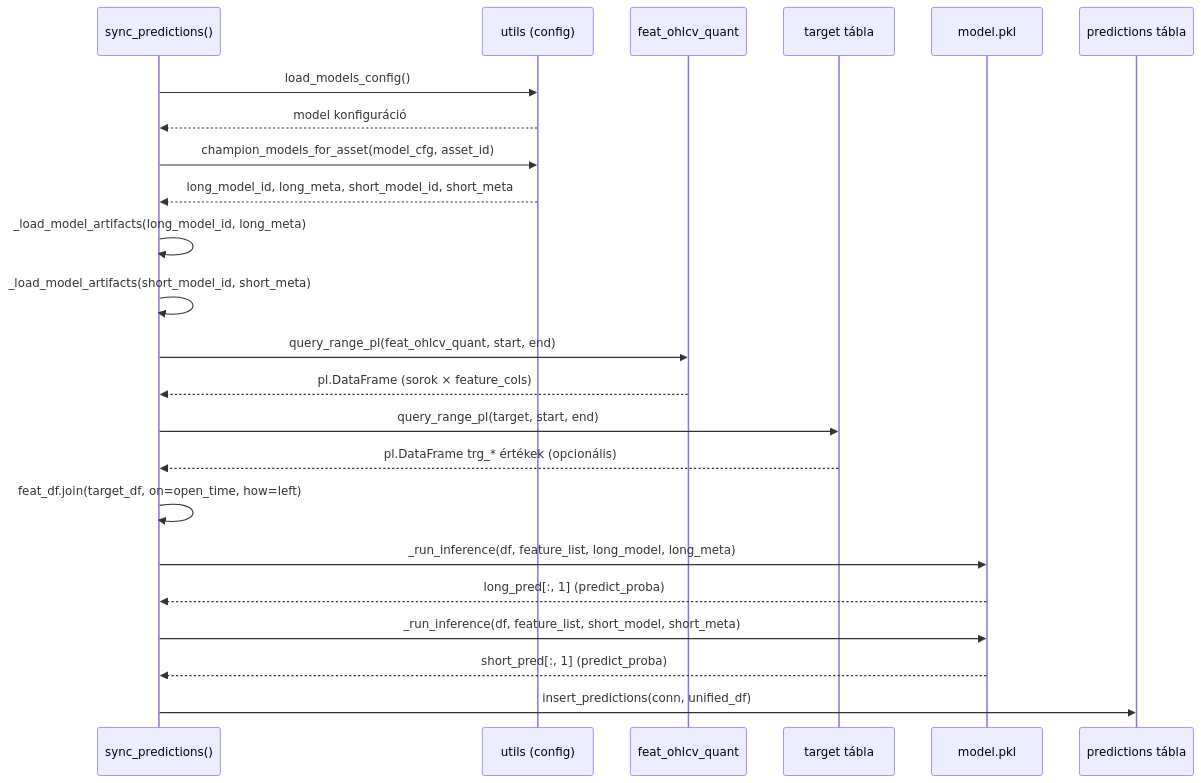
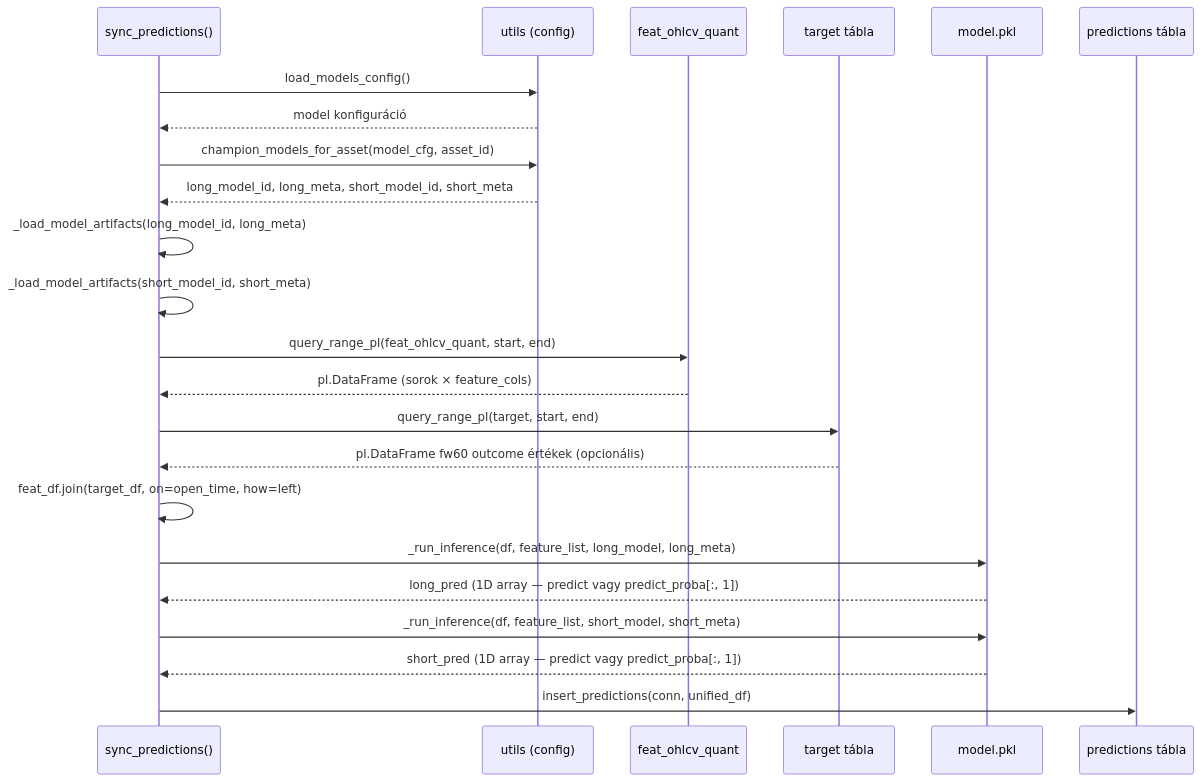
Before and after one commit to Nemesis14/chronoquant: the diagram in _doc_/1230_sync_predictions.md, drawn with Mermaid. The commit also changed other lines of this file and 973 other files, not shown here.

````diff
--- a/_doc_/1230_sync_predictions.md
+++ b/_doc_/1230_sync_predictions.md
@@ -25,31 +25,31 @@
 ```mermaid
 sequenceDiagram
     participant CALLER as sync_predictions()
     participant UTILS as utils (config)
     participant FEAT as feat_ohlcv_quant
     participant TARGET as target tábla
     participant MODEL as model.pkl
     participant PRED as predictions tábla
 
     CALLER->>UTILS: load_models_config()
     UTILS-->>CALLER: model konfiguráció
     CALLER->>UTILS: champion_models_for_asset(model_cfg, asset_id)
     UTILS-->>CALLER: long_model_id, long_meta, short_model_id, short_meta
 
     CALLER->>CALLER: _load_model_artifacts(long_model_id, long_meta)
     CALLER->>CALLER: _load_model_artifacts(short_model_id, short_meta)
 
     CALLER->>FEAT: query_range_pl(feat_ohlcv_quant, start, end)
     FEAT-->>CALLER: pl.DataFrame (sorok × feature_cols)
 
     CALLER->>TARGET: query_range_pl(target, start, end)
-    TARGET-->>CALLER: pl.DataFrame trg_* értékek (opcionális)
+    TARGET-->>CALLER: pl.DataFrame fw60 outcome értékek (opcionális)
     CALLER->>CALLER: feat_df.join(target_df, on=open_time, how=left)
 
     CALLER->>MODEL: _run_inference(df, feature_list, long_model, long_meta)
-    MODEL-->>CALLER: long_pred[:, 1] (predict_proba)
+    MODEL-->>CALLER: long_pred (1D array — predict vagy predict_proba[:, 1])
     CALLER->>MODEL: _run_inference(df, feature_list, short_model, short_meta)
-    MODEL-->>CALLER: short_pred[:, 1] (predict_proba)
+    MODEL-->>CALLER: short_pred (1D array — predict vagy predict_proba[:, 1])
 
     CALLER->>PRED: insert_predictions(conn, unified_df)
 ```
````
